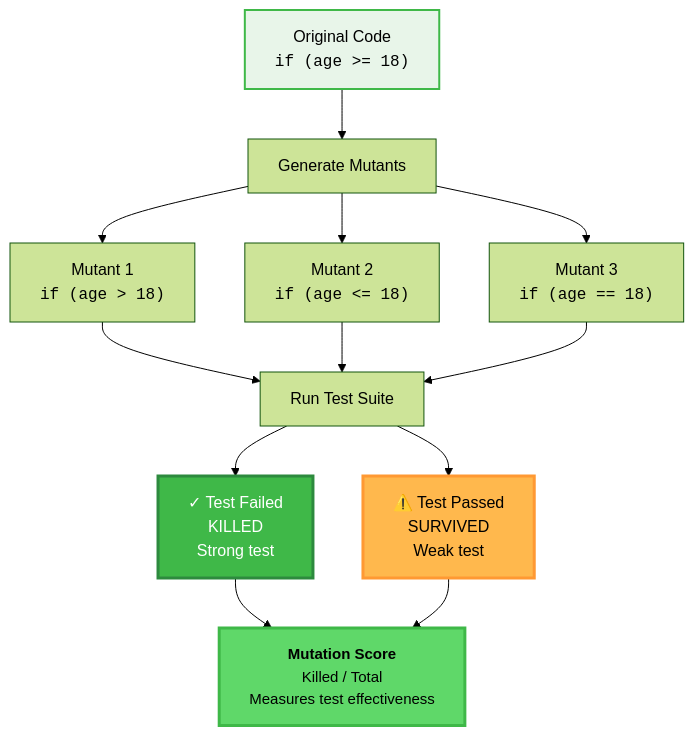
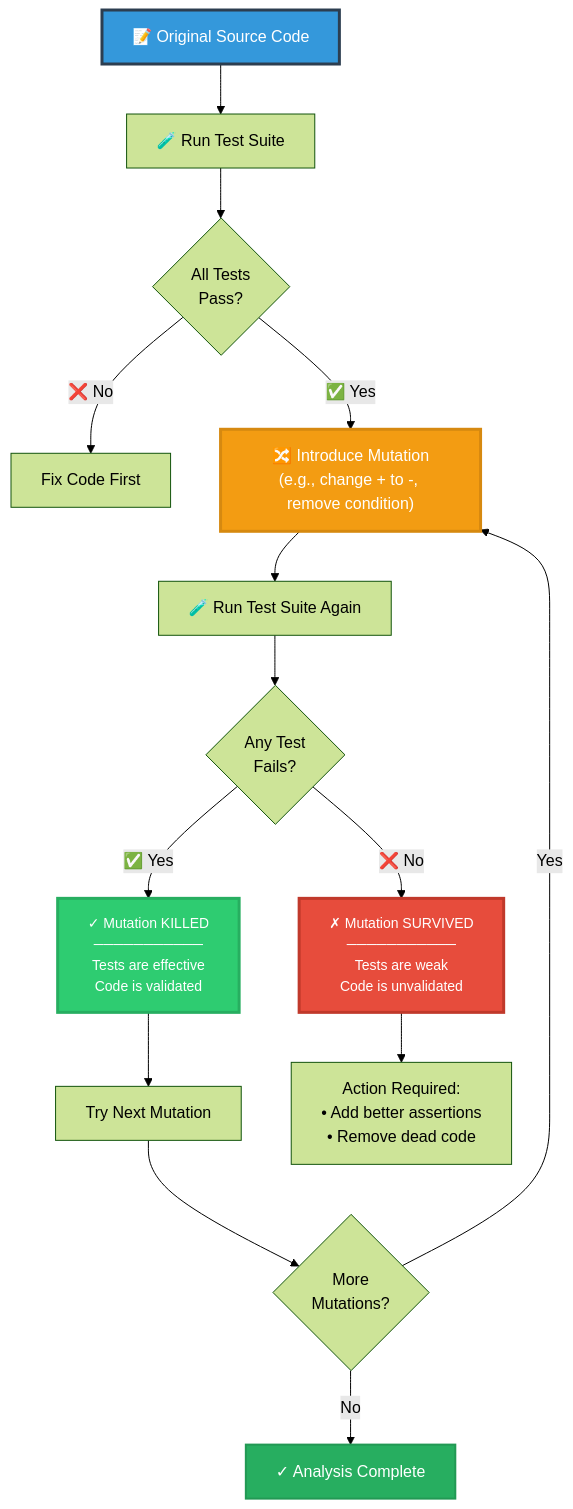
Before and after one commit to aravind666/aravind666.github.io: the second of 4 diagrams in _posts/2020-12-06-coverage-vs-mutation-vs-property-base-testing.md, drawn with Mermaid (forest theme). The commit also changed other lines of this file and 7 other files, not shown here.

```diff
--- a/_posts/2020-12-06-coverage-vs-mutation-vs-property-base-testing.md
+++ b/_posts/2020-12-06-coverage-vs-mutation-vs-property-base-testing.md
@@ -98,31 +104,22 @@
 <div class="mermaid">
 flowchart TD
-    Code["Original Code<br/><code>if (age >= 18)</code>"]
+    A["📝 Original Source Code"] --> B["🧪 Run Test Suite"]
+    B --> C{"All Tests<br/>Pass?"}
+    C -->|"❌ No"| Z["Fix Code First"]
+    C -->|"✅ Yes"| D["🔀 Introduce Mutation<br/>(e.g., change + to -, remove condition)"]
+    D --> E["🧪 Run Test Suite Again"]
+    E --> F{"Any Test<br/>Fails?"}
+    F -->|"✅ Yes"| G["✓ Mutation KILLED<br/>───────────<br/>Tests are effective<br/>Code is validated"]
+    F -->|"❌ No"| H["✗ Mutation SURVIVED<br/>───────────<br/>Tests are weak<br/>Code is unvalidated"]
+    G --> I["Try Next Mutation"]
+    H --> J["Action Required:<br/>• Add better assertions<br/>• Remove dead code"]
+    I --> K{More<br/>Mutations?}
+    K -->|Yes| D
+    K -->|No| L["✓ Analysis Complete"]
     
-    Mutate["Generate Mutants"]
-    
-    M1["Mutant 1<br/><code>if (age > 18)</code>"]
-    M2["Mutant 2<br/><code>if (age <= 18)</code>"]
-    M3["Mutant 3<br/><code>if (age == 18)</code>"]
-    
-    T["Run Test Suite"]
-    
-    R1["✓ Test Failed<br/>KILLED<br/>Strong test"]
-    R2["⚠️ Test Passed<br/>SURVIVED<br/>Weak test"]
-    
-    Code --> Mutate
-    Mutate --> M1 --> T
-    Mutate --> M2 --> T
-    Mutate --> M3 --> T
-    
-    T --> R1
-    T --> R2
-    
-    R1 --> Score["<b>Mutation Score</b><br/>Killed / Total<br/>Measures test effectiveness"]
-    R2 --> Score
-    
-    style Code fill:#e8f5e9,stroke:#3fb848,stroke-width:2px
-    style R1 fill:#3fb848,stroke:#2d8a3e,color:#fff,stroke-width:3px
-    style R2 fill:#ffb84d,stroke:#ff9933,stroke-width:3px
-    style Score fill:#5fd869,stroke:#3fb848,stroke-width:3px,font-size:15px
+    style A fill:#3498db,stroke:#2c3e50,stroke-width:3px,color:#fff
+    style D fill:#f39c12,stroke:#d68910,stroke-width:3px,color:#fff
+    style G fill:#2ecc71,stroke:#27ae60,stroke-width:3px,color:#fff,font-size:14px
+    style H fill:#e74c3c,stroke:#c0392b,stroke-width:3px,color:#fff,font-size:14px
+    style L fill:#27ae60,stroke:#229954,stroke-width:2px,color:#fff
 </div>
```
